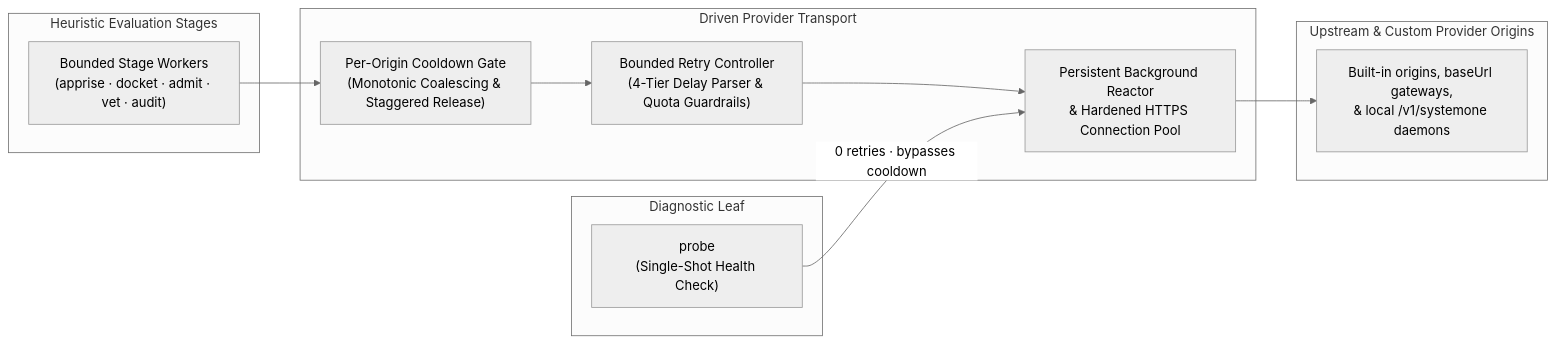
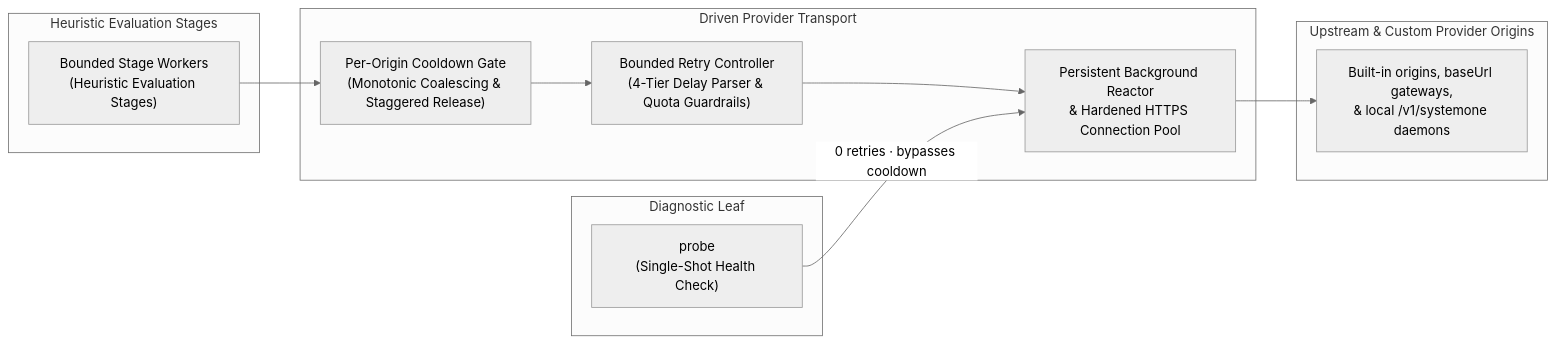
The first of 2 diagrams in docs/architecture/transport.md (PAIR-code/canon-clerk), drawn with Mermaid (neutral theme) before and after one commit. The commit also changed other lines of this file and 20 other files, not shown here.

````diff
--- a/docs/architecture/transport.md
+++ b/docs/architecture/transport.md
@@ -17,23 +17,23 @@
 ```mermaid
 flowchart LR
     subgraph HeuristicStages ["Heuristic Evaluation Stages"]
-        Workers["Bounded Stage Workers<br/>(apprise · docket · admit · vet · audit)"]
+        Workers["Bounded Stage Workers<br/>(Heuristic Evaluation Stages)"]
     end
 
     subgraph DiagnosticStage ["Diagnostic Leaf"]
         Probe["probe<br/>(Single-Shot Health Check)"]
     end
 
     subgraph TransportLayer ["Driven Provider Transport"]
         Gate["Per-Origin Cooldown Gate<br/>(Monotonic Coalescing & Staggered Release)"]
         Retry["Bounded Retry Controller<br/>(4-Tier Delay Parser & Quota Guardrails)"]
         Pool["Persistent Background Reactor<br/>& Hardened HTTPS Connection Pool"]
     end
 
     subgraph Upstream ["Upstream & Custom Provider Origins"]
         Endpoints["Built-in origins, baseUrl gateways,<br/>& local /v1/systemone daemons"]
     end
 
     Workers --> Gate --> Retry --> Pool --> Endpoints
     Probe -- "0 retries · bypasses cooldown" --> Pool
 ```
````
